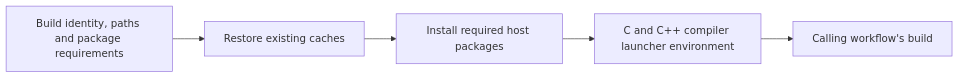
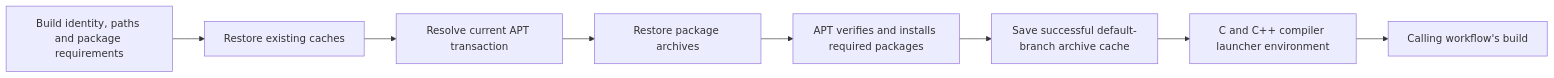
One commit to Vokerlee/wiola-player changed the diagram in .github/actions/setup-build/README.md. Above: the diagram before and after it, drawn with Mermaid. The commit also changed other lines of this file and 15 other files, not shown here.

````diff
--- a/.github/actions/setup-build/README.md
+++ b/.github/actions/setup-build/README.md
@@ -5,7 +5,10 @@
 ```mermaid
 flowchart LR
   Inputs[Build identity, paths and package requirements] --> Cache[Restore existing caches]
-  Cache --> Packages[Install required host packages]
-  Packages --> Environment[C and C++ compiler launcher environment]
+  Cache --> Resolve[Resolve current APT transaction]
+  Resolve --> Archives[Restore package archives]
+  Archives --> Packages[APT verifies and installs required packages]
+  Packages --> Save[Save successful default-branch archive cache]
+  Save --> Environment[C and C++ compiler launcher environment]
   Environment --> Build[Calling workflow's build]
 ```
````
